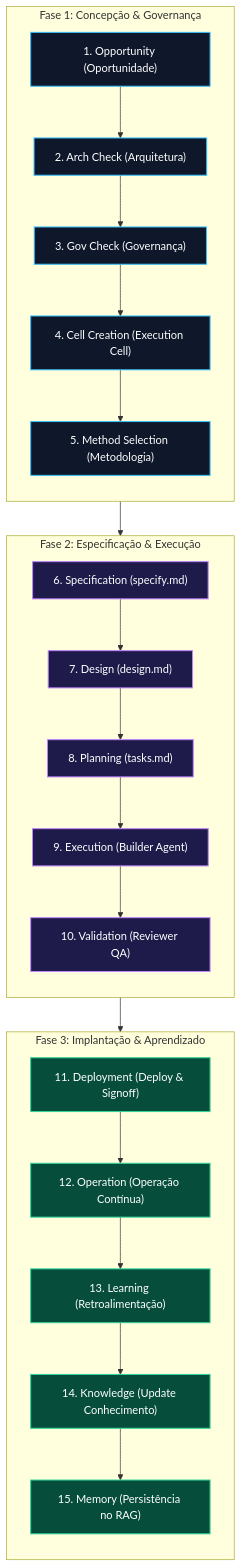
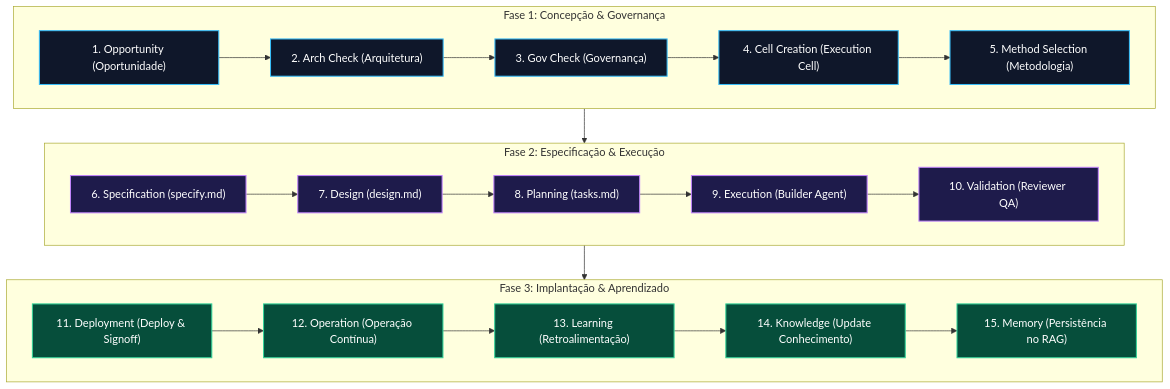
Before and after one commit to EnterDufter/PromptCoreLabs_AEOS: the fifth of 5 diagrams in governance/operating-model.md, drawn with Mermaid. The commit also changed other lines of this file, not shown here.

Commit message:
fix(syntax): remove diretivas redundantes de direction em subgrafos do Mermaid no Operating Model

````diff
--- a/governance/operating-model.md
+++ b/governance/operating-model.md
@@ -342,38 +340,35 @@
 ```mermaid
 graph TD
     classDef phase1 fill:#0f172a,stroke:#38bdf8,stroke-width:1.5px,color:#fff;
     classDef phase2 fill:#1e1b4b,stroke:#c084fc,stroke-width:1.5px,color:#fff;
     classDef phase3 fill:#064e3b,stroke:#34d399,stroke-width:1.5px,color:#fff;
 
     subgraph P1["Fase 1: Concepção & Governança"]
-        direction TD
         O["1. Opportunity (Oportunidade)"]:::phase1
         AC["2. Arch Check (Arquitetura)"]:::phase1
         GC["3. Gov Check (Governança)"]:::phase1
         ECC["4. Cell Creation (Execution Cell)"]:::phase1
         MS["5. Method Selection (Metodologia)"]:::phase1
         O --> AC --> GC --> ECC --> MS
     end
 
     subgraph P2["Fase 2: Especificação & Execução"]
-        direction TD
         SP["6. Specification (specify.md)"]:::phase2
         DS["7. Design (design.md)"]:::phase2
         PL["8. Planning (tasks.md)"]:::phase2
         EX["9. Execution (Builder Agent)"]:::phase2
         VA["10. Validation (Reviewer QA)"]:::phase2
         SP --> DS --> PL --> EX --> VA
     end
 
     subgraph P3["Fase 3: Implantação & Aprendizado"]
-        direction TD
         DP["11. Deployment (Deploy & Signoff)"]:::phase3
         OP["12. Operation (Operação Contínua)"]:::phase3
         LE["13. Learning (Retroalimentação)"]:::phase3
         KU["14. Knowledge (Update Conhecimento)"]:::phase3
         MU["15. Memory (Persistência no RAG)"]:::phase3
         DP --> OP --> LE --> KU --> MU
     end
 
     P1 --> P2 --> P3
 ```
````
